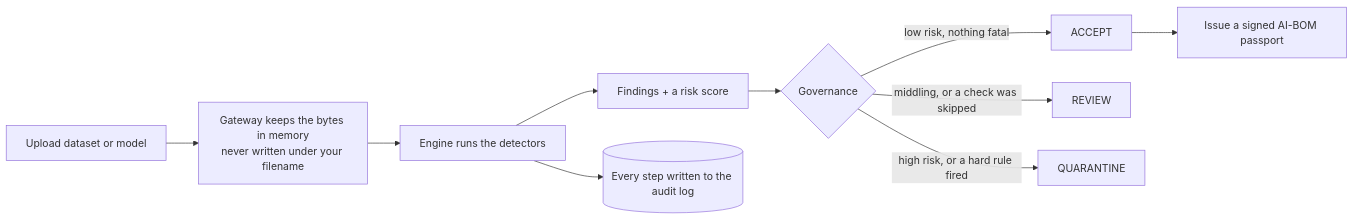
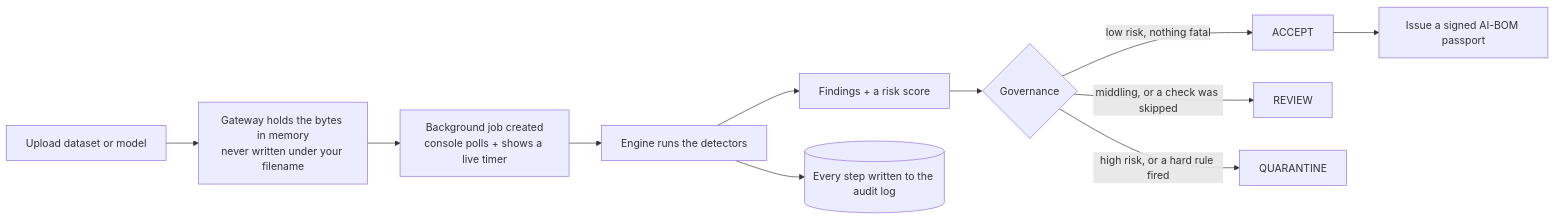
The second of 4 diagrams in README.md (ekupekuAI/AISecurity26228), drawn with Mermaid before and after one commit. The commit also changed other lines of this file, not shown here.

First line of the commit message:
Rewrite README for accuracy: Windows app, real credentials, key model, background-job flow

````diff
--- a/README.md
+++ b/README.md
@@ -89,12 +117,13 @@
 ```mermaid
 flowchart LR
-    U["Upload dataset or model"] --> G["Gateway keeps the bytes in memory<br/>never written under your filename"]
-    G --> E["Engine runs the detectors"]
+    U["Upload dataset or model"] --> G["Gateway holds the bytes in memory<br/>never written under your filename"]
+    G --> J["Background job created<br/>console polls + shows a live timer"]
+    J --> E["Engine runs the detectors"]
     E --> Fnd["Findings + a risk score"]
     Fnd --> Gov{"Governance"}
     Gov -->|"low risk, nothing fatal"| Acc["ACCEPT"]
     Gov -->|"middling, or a check was skipped"| Rev["REVIEW"]
     Gov -->|"high risk, or a hard rule fired"| Qua["QUARANTINE"]
     Acc --> P["Issue a signed AI-BOM passport"]
     E --> Led[("Every step written to the audit log")]
 ```
````
